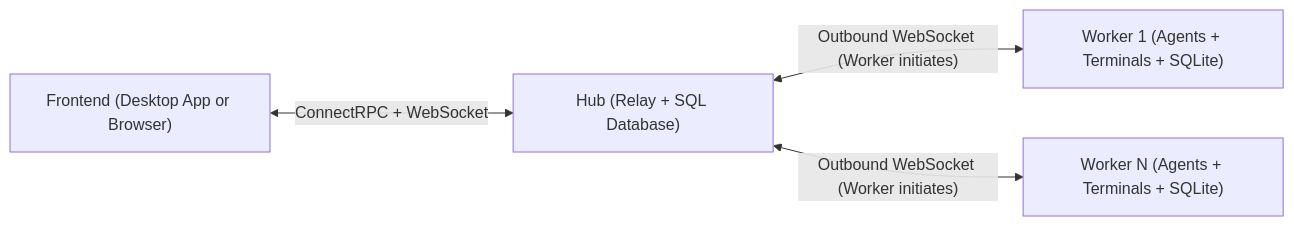
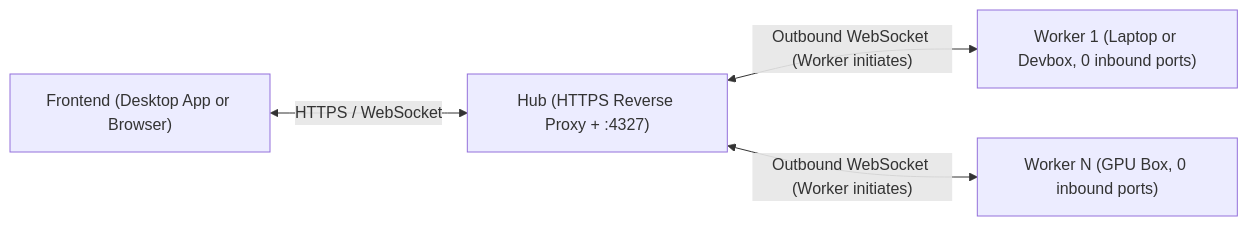
Before and after one commit to leapmux/leapmux: the second of 2 diagrams in site/content/docs/getting-started/concepts.md, drawn with Mermaid. The commit also changed other lines of this file and 165 other files, not shown here.

````diff
--- a/site/content/docs/getting-started/concepts.md
+++ b/site/content/docs/getting-started/concepts.md
@@ -58,11 +68,11 @@
 ```mermaid
 flowchart LR
   FE["Frontend (Desktop App or Browser)"]
-  Hub["Hub (Relay + SQL Database)"]
-  W1["Worker 1 (Agents + Terminals + SQLite)"]
-  W2["Worker N (Agents + Terminals + SQLite)"]
+  Hub["Hub (HTTPS Reverse Proxy + :4327)"]
+  W1["Worker 1 (Laptop or Devbox, 0 inbound ports)"]
+  W2["Worker N (GPU Box, 0 inbound ports)"]
 
-  FE <-->|"ConnectRPC + WebSocket"| Hub
+  FE <-->|"HTTPS / WebSocket"| Hub
   Hub <-->|"Outbound WebSocket (Worker initiates)"| W1
   Hub <-->|"Outbound WebSocket (Worker initiates)"| W2
 ```
````
